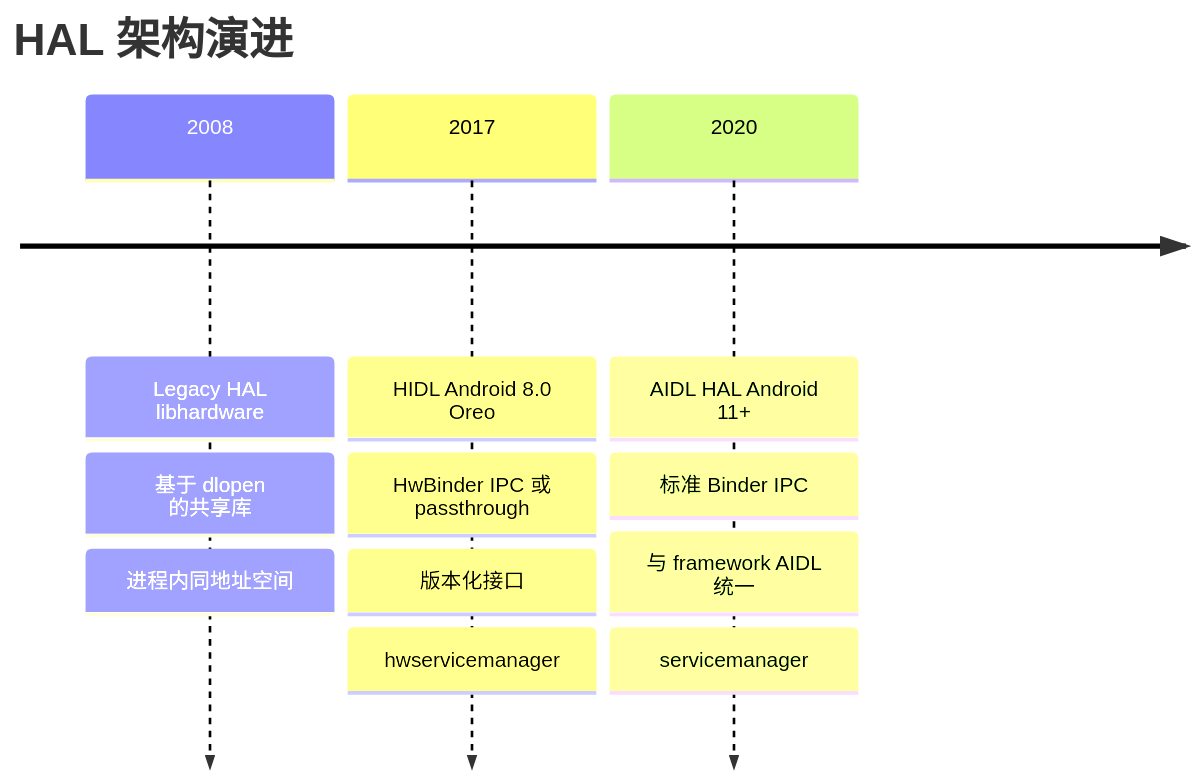
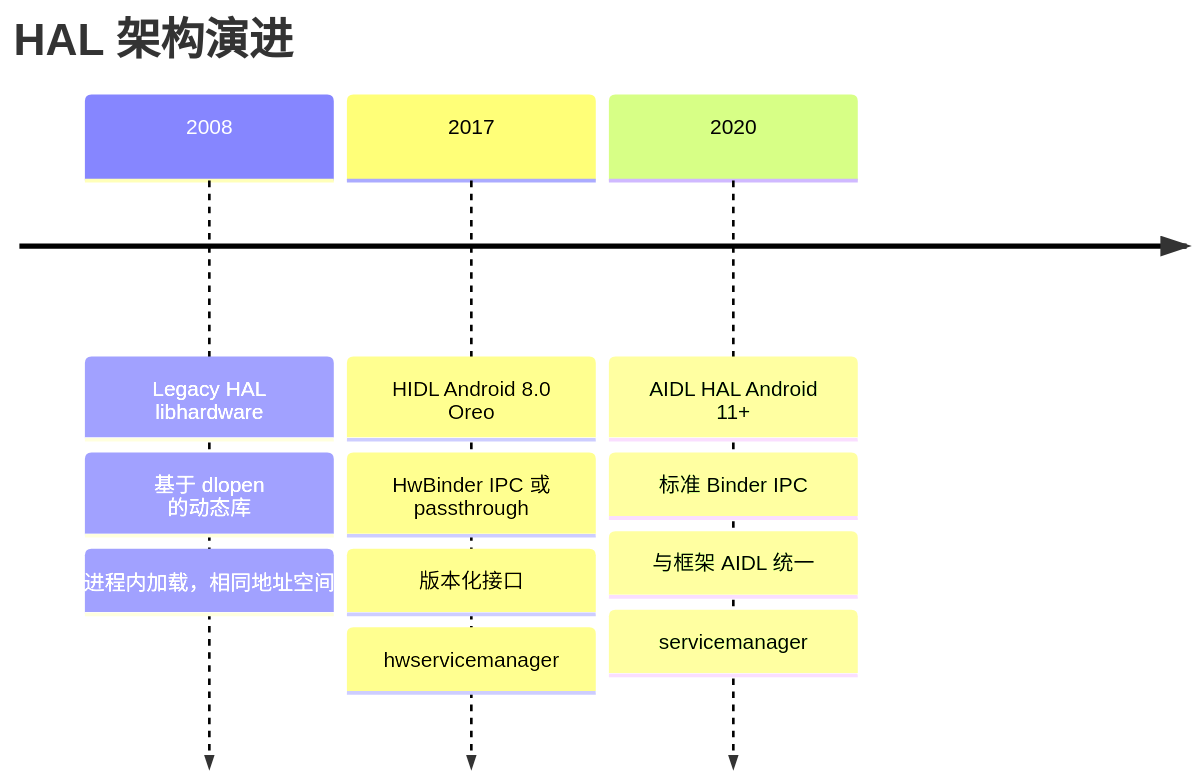
Before and after one commit to fwrite0920/aosp-internal-book: the second of 12 diagrams in 10-hal-zh.md, drawn with Mermaid. The commit also changed other lines of this file and 63 other files, not shown here.

````diff
--- a/10-hal-zh.md
+++ b/10-hal-zh.md
@@ -52,15 +51,15 @@
 ```mermaid
 timeline
     title HAL 架构演进
     2008 : Legacy HAL libhardware
-         : 基于 dlopen 的共享库
-         : 进程内同地址空间
+         : 基于 dlopen 的动态库
+         : 进程内加载，相同地址空间
     2017 : HIDL Android 8.0 Oreo
          : HwBinder IPC 或 passthrough
          : 版本化接口
          : hwservicemanager
     2020 : AIDL HAL Android 11+
          : 标准 Binder IPC
-         : 与 framework AIDL 统一
+         : 与框架 AIDL 统一
          : servicemanager
 ```
````
